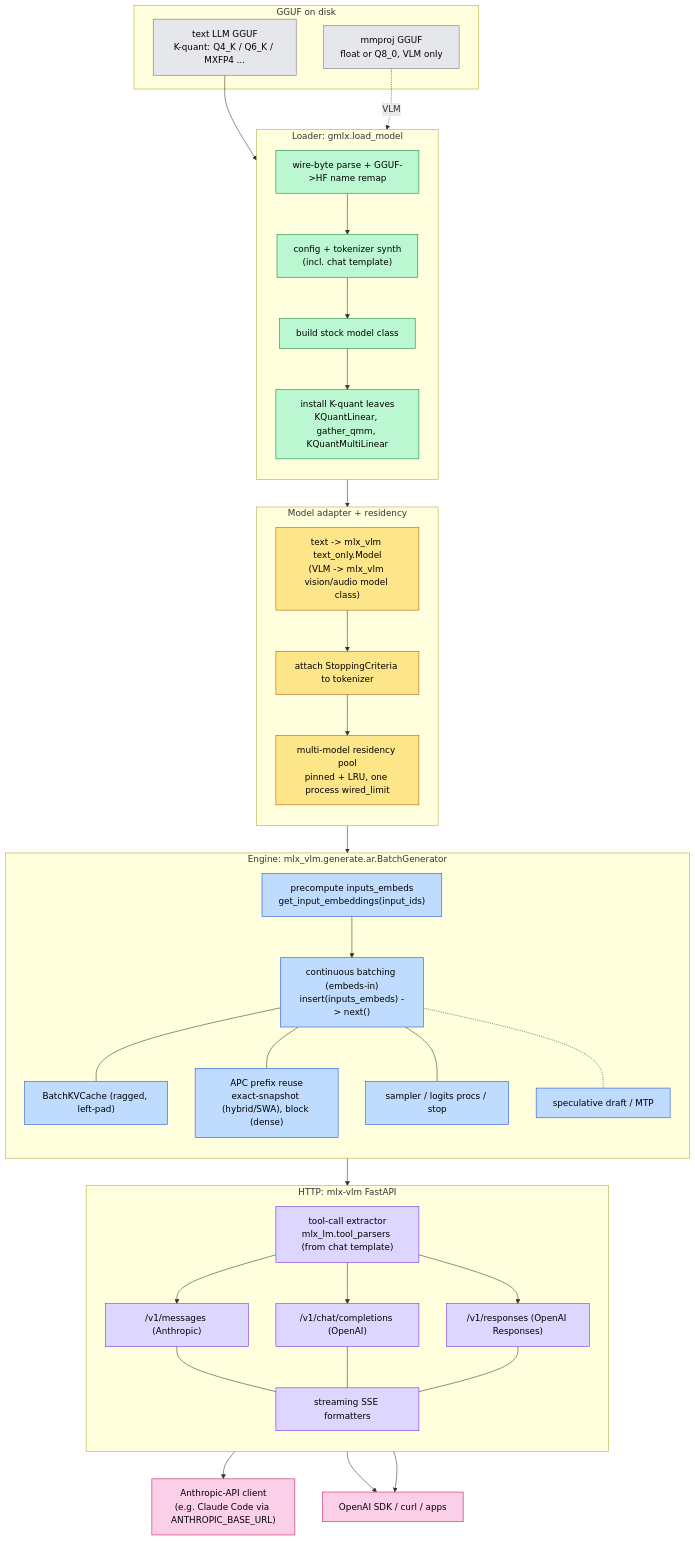
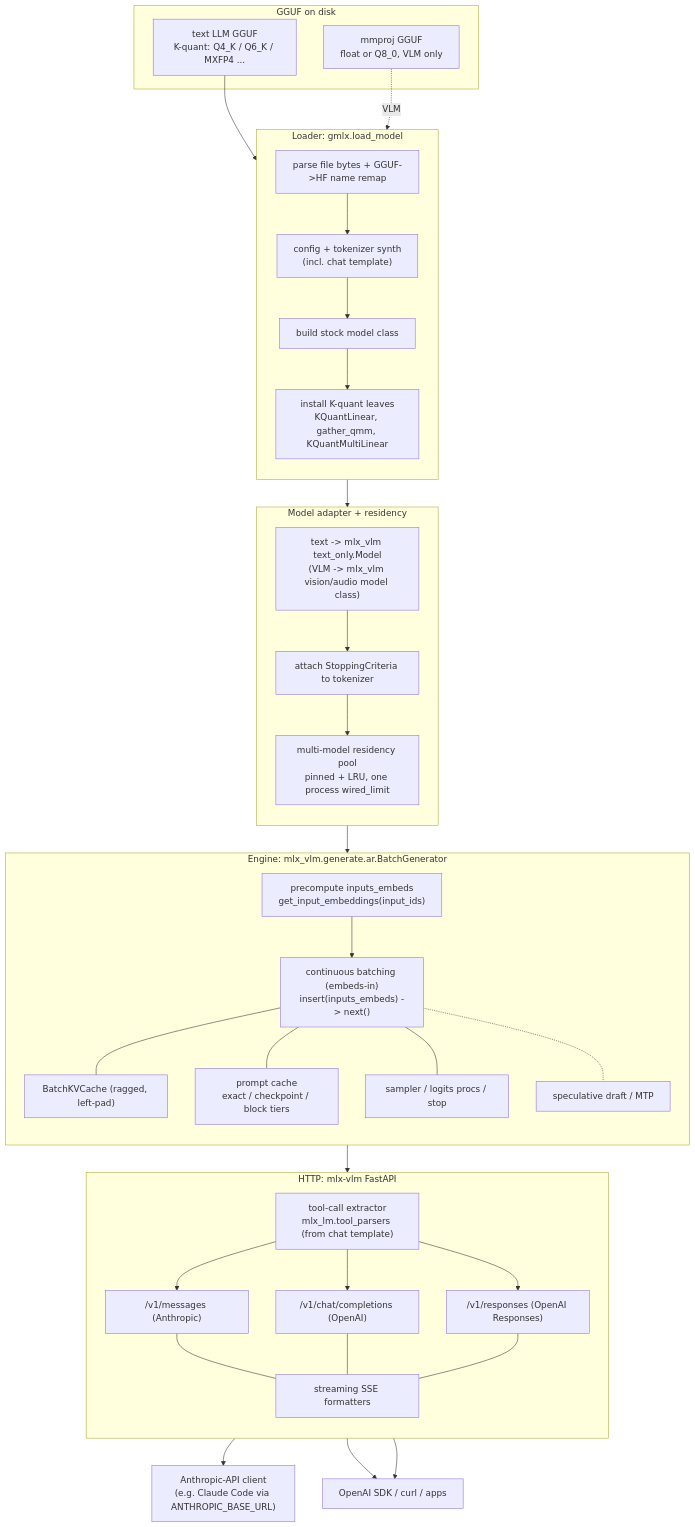
The first of 2 diagrams in docs/internals/serving-architecture.md (asher/gmlx), drawn with Mermaid before and after one commit. The commit also changed other lines of this file and 8 other files, not shown here.

Commit message:
docs(internals): rewrite serving architecture, speculative batching, testing, upstream upgrades, tidy prompt cache and measurements

````diff
--- a/docs/internals/serving-architecture.md
+++ b/docs/internals/serving-architecture.md
@@ -12,77 +17,63 @@
 ```mermaid
 flowchart TD
     subgraph DISK["GGUF on disk"]
         LLM["text LLM GGUF<br/>K-quant: Q4_K / Q6_K / MXFP4 ..."]
         MM["mmproj GGUF<br/>float or Q8_0, VLM only"]
     end
 
     subgraph LOAD["Loader: gmlx.load_model"]
         direction TB
-        PARSE["wire-byte parse + GGUF->HF name remap"]
+        PARSE["parse file bytes + GGUF->HF name remap"]
         SYNTH["config + tokenizer synth<br/>(incl. chat template)"]
         BUILD["build stock model class"]
         KQ["install K-quant leaves<br/>KQuantLinear, gather_qmm, KQuantMultiLinear"]
         PARSE --> SYNTH --> BUILD --> KQ
     end
     LLM --> PARSE
     MM -. VLM .-> PARSE
 
     subgraph ADAPT["Model adapter + residency"]
         direction TB
         WRAP["text -> mlx_vlm text_only.Model<br/>(VLM -> mlx_vlm vision/audio model class)"]
         STOP["attach StoppingCriteria to tokenizer"]
         REG["multi-model residency pool<br/>pinned + LRU, one process wired_limit"]
         WRAP --> STOP --> REG
     end
     KQ --> WRAP
 
     subgraph ENGINE["Engine: mlx_vlm.generate.ar.BatchGenerator"]
         direction TB
         EMB["precompute inputs_embeds<br/>get_input_embeddings(input_ids)"]
         BG["continuous batching (embeds-in)<br/>insert(inputs_embeds) -> next()"]
         KVC["BatchKVCache (ragged, left-pad)"]
-        APC["APC prefix reuse<br/>exact-snapshot (hybrid/SWA), block (dense)"]
+        APC["prompt cache<br/>exact / checkpoint / block tiers"]
         SAMP["sampler / logits procs / stop"]
         MTP["speculative draft / MTP"]
         EMB --> BG
         BG --- KVC
         BG --- APC
         BG --- SAMP
         BG -.- MTP
     end
     REG --> EMB
 
     subgraph PROTO["HTTP: mlx-vlm FastAPI"]
         direction TB
         TOOLS["tool-call extractor<br/>mlx_lm.tool_parsers (from chat template)"]
         ANTH["/v1/messages (Anthropic)"]
         OAI["/v1/chat/completions (OpenAI)"]
         RESP["/v1/responses (OpenAI Responses)"]
         SSE["streaming SSE formatters"]
         TOOLS --> ANTH & OAI & RESP
         ANTH --- SSE
         OAI --- SSE
         RESP --- SSE
     end
     BG --> TOOLS
 
     CC["Anthropic-API client<br/>(e.g. Claude Code via ANTHROPIC_BASE_URL)"]
     SDK["OpenAI SDK / curl / apps"]
     ANTH --> CC
     OAI --> SDK
     RESP --> SDK
-
-    classDef disk fill:#e5e7eb,stroke:#6b7280,color:#000;
-    classDef loader fill:#bbf7d0,stroke:#15803d,color:#000;
-    classDef adapter fill:#fde68a,stroke:#b45309,color:#000;
-    classDef engine fill:#bfdbfe,stroke:#1d4ed8,color:#000;
-    classDef proto fill:#ddd6fe,stroke:#6d28d9,color:#000;
-    classDef client fill:#fbcfe8,stroke:#be185d,color:#000;
-
-    class LLM,MM disk;
-    class PARSE,SYNTH,BUILD,KQ loader;
-    class WRAP,STOP,REG adapter;
-    class EMB,BG,KVC,APC,SAMP,MTP engine;
-    class TOOLS,ANTH,OAI,RESP,SSE proto;
-    class CC,SDK client;
 ```
````
